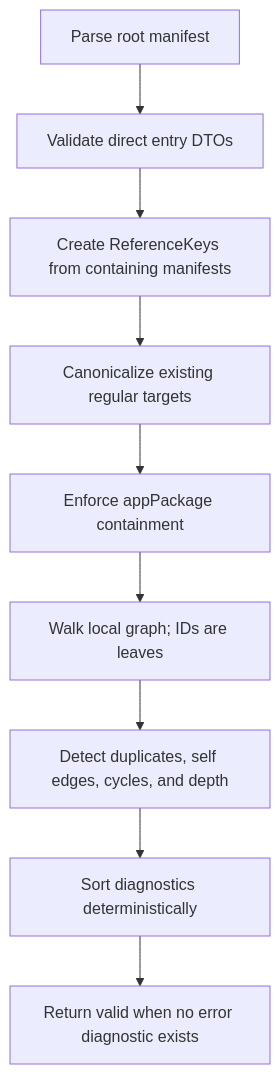
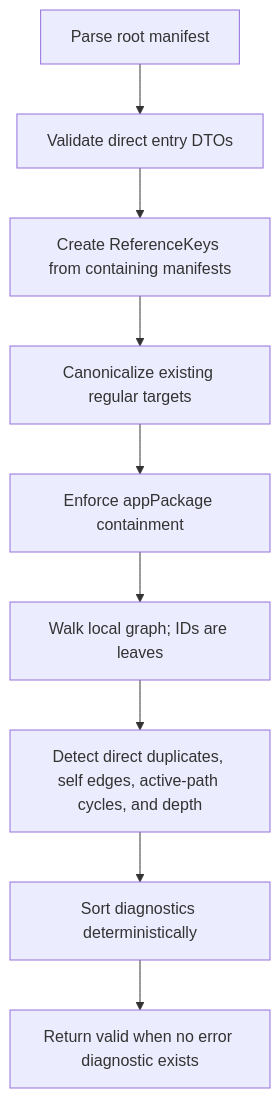
The diagram in docs/03-specs/operations/worker-agents/validate-worker-agents.md (OfficeDev/Teams-Toolkit), drawn with Mermaid before and after one commit. The commit also changed other lines of this file and 13 other files, not shown here.

````diff
--- a/docs/03-specs/operations/worker-agents/validate-worker-agents.md
+++ b/docs/03-specs/operations/worker-agents/validate-worker-agents.md
@@ -45,11 +47,11 @@
 ```mermaid
 flowchart TD
   A[Parse root manifest] --> B[Validate direct entry DTOs]
   B --> C[Create ReferenceKeys from containing manifests]
   C --> D[Canonicalize existing regular targets]
   D --> E[Enforce appPackage containment]
   E --> F[Walk local graph; IDs are leaves]
-  F --> G[Detect duplicates, self edges, cycles, and depth]
+  F --> G[Detect direct duplicates, self edges, active-path cycles, and depth]
   G --> H[Sort diagnostics deterministically]
   H --> I[Return valid when no error diagnostic exists]
 ```
````
